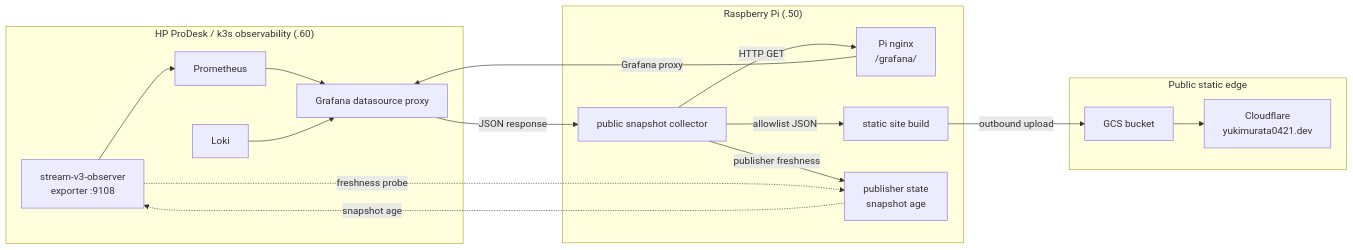
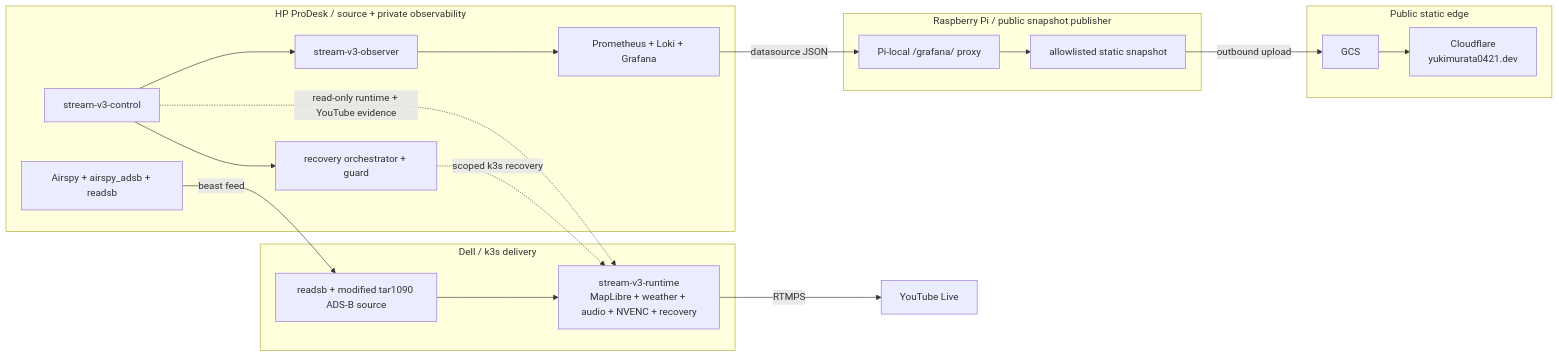
The diagram in README.md (yukimurata0421/live-stream-systems-case-study), drawn with Mermaid before and after one commit. The commit also changed other lines of this file and 114 other files, not shown here.

First line of the commit message:
Publish map rendering and observability hardening (#1)

````diff
--- a/README.md
+++ b/README.md
@@ -215,32 +73,39 @@
 ```mermaid
 flowchart LR
-    subgraph PD["HP ProDesk / k3s observability (.60)"]
-        OBS["stream-v3-observer<br/>exporter :9108"]
-        PROM["Prometheus"]
-        LOKI["Loki"]
-        GRAF["Grafana datasource proxy"]
+    subgraph PD["HP ProDesk / source + private observability"]
+        AIR["Airspy + airspy_adsb + readsb"]
+        MON["stream-v3-control"]
+        EXP["stream-v3-observer"]
+        GRAF["Prometheus + Loki + Grafana"]
+        GUARD["recovery orchestrator + guard"]
+        MON --> EXP --> GRAF
+        MON --> GUARD
     end
 
-    subgraph RPI["Raspberry Pi (.50)"]
-        NGINX["Pi nginx<br/>/grafana/"]
-        COLL["public snapshot collector"]
-        PUB["static site build"]
-        PISTATE["publisher state<br/>snapshot age"]
+    subgraph DELL["Dell / k3s delivery"]
+        RS["readsb + modified tar1090 ADS-B source"]
+        RUN["stream-v3-runtime<br/>MapLibre + weather + audio + NVENC + recovery"]
+        RS --> RUN
+    end
+
+    subgraph PI["Raspberry Pi / public snapshot publisher"]
+        PROXY["Pi-local /grafana/ proxy"]
+        BUILD["allowlisted static snapshot"]
+        PROXY --> BUILD
     end
 
     subgraph EDGE["Public static edge"]
-        GCS["GCS bucket"]
+        GCS["GCS"]
         CF["Cloudflare<br/>yukimurata0421.dev"]
+        GCS --> CF
     end
 
-    OBS --> PROM --> GRAF
-    LOKI --> GRAF
-    COLL -->|"HTTP GET"| NGINX
-    NGINX -->|"Grafana proxy"| GRAF
-    GRAF -->|"JSON response"| COLL
-    COLL -->|"allowlist JSON"| PUB
-    COLL -->|"publisher freshness"| PISTATE
-    PUB -->|"outbound upload"| GCS --> CF
-    OBS -. freshness probe .-> PISTATE
-    PISTATE -. snapshot age .-> OBS
+    YT["YouTube Live"]
+
+    AIR -->|"beast feed"| RS
+    RUN -->|"RTMPS"| YT
+    MON -. "read-only runtime + YouTube evidence" .-> RUN
+    GUARD -. "scoped k3s recovery" .-> RUN
+    GRAF -->|"datasource JSON"| PROXY
+    BUILD -->|"outbound upload"| GCS
 ```
````
